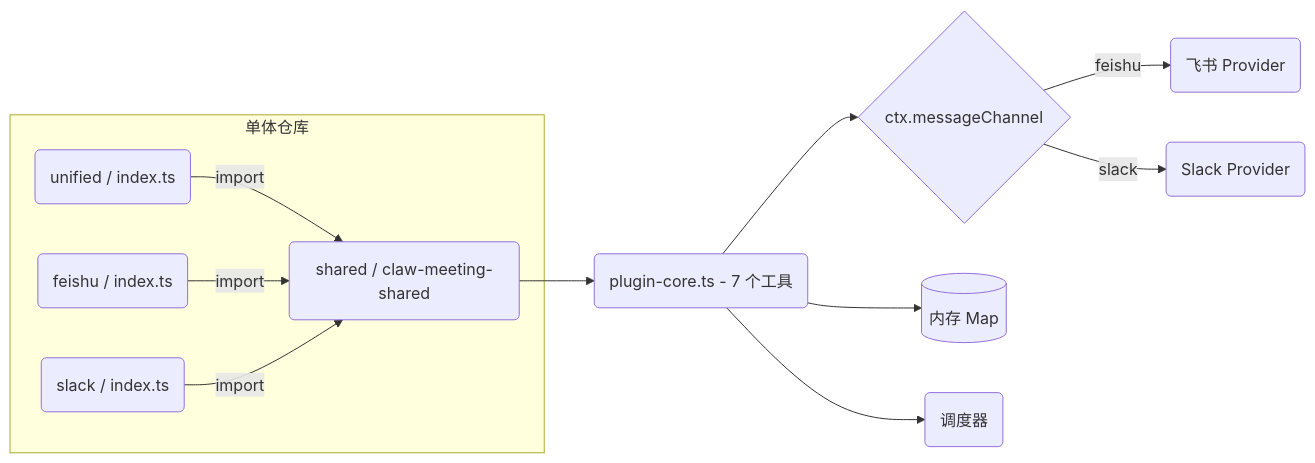
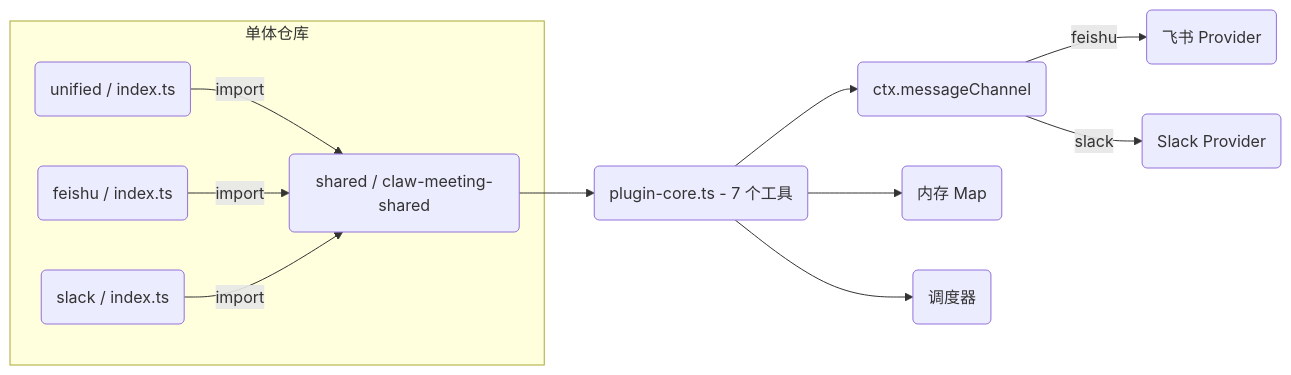
One commit to javana3/claw_meeting_all changed the second of 7 diagrams in README.zh-CN.md. Above: the diagram before and after it, drawn with Mermaid. The commit also changed other lines of this file and 4 other files, not shown here.

First line of the commit message:
docs: round all diagram nodes and update colors across 5 languages

````diff
--- a/README.zh-CN.md
+++ b/README.zh-CN.md
@@ -53,20 +53,20 @@
 ```mermaid
 graph LR
     subgraph "单体仓库"
         SHARED(shared / claw-meeting-shared)
         UNI(unified / index.ts)
         FEI(feishu / index.ts)
         SLK(slack / index.ts)
     end
 
     UNI -->|import| SHARED
     FEI -->|import| SHARED
     SLK -->|import| SHARED
 
     SHARED --> CORE(plugin-core.ts - 7 个工具)
-    CORE --> ROUTER{ctx.messageChannel}
+    CORE --> ROUTER(ctx.messageChannel)
     ROUTER -->|feishu| LP(飞书 Provider)
     ROUTER -->|slack| SP(Slack Provider)
-    CORE --> MEM[(内存 Map)]
+    CORE --> MEM(内存 Map)
     CORE --> SCH(调度器)
 ```
````
